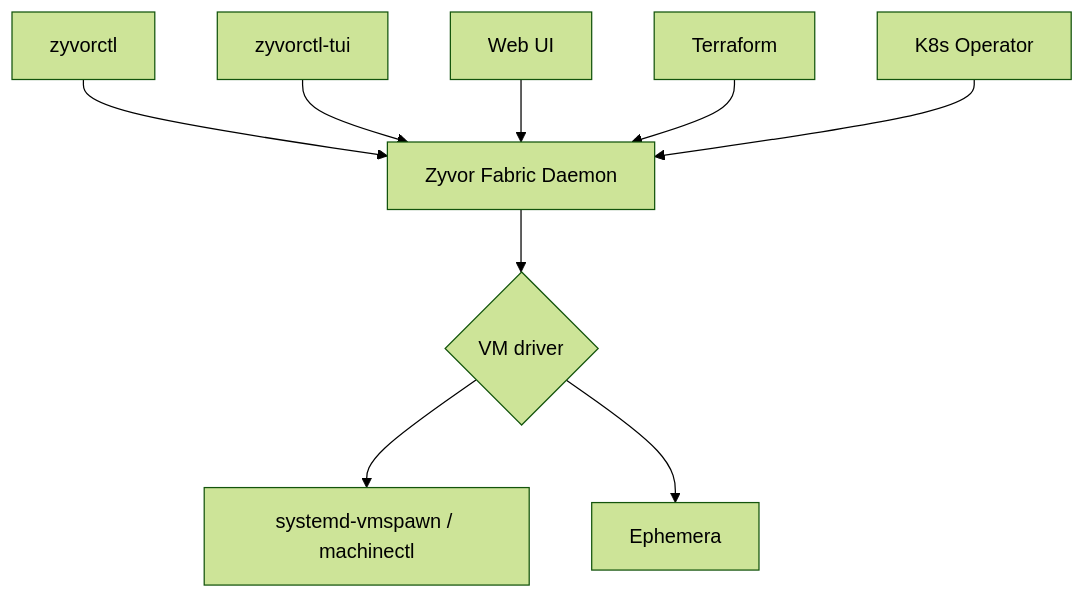
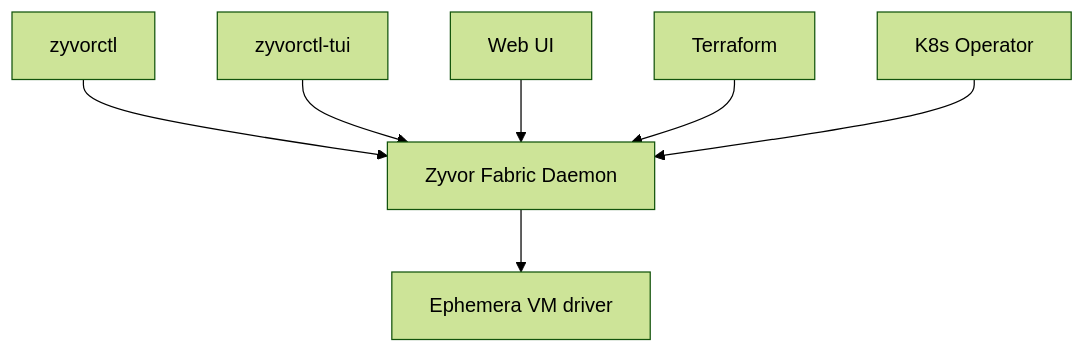
One commit to zyvorai/fabric changed the diagram in README.md. Above: the diagram before and after it, drawn with Mermaid (forest theme). The commit also changed other lines of this file and 19 other files, not shown here.

First line of the commit message:
docs: reflect the machinectl-driver/machined-dbus deletion (root docs, quick-reference, tutorials, presentation decks)

````diff
--- a/README.md
+++ b/README.md
@@ -82,11 +82,9 @@
 ```mermaid
 flowchart TB
   CLI[zyvorctl] --> Daemon[Zyvor Fabric Daemon]
   TUI[zyvorctl-tui] --> Daemon
   Web[Web UI] --> Daemon
   TF[Terraform] --> Daemon
   Op[K8s Operator] --> Daemon
-  Daemon --> Driver{VM driver}
-  Driver --> VS[systemd-vmspawn / machinectl]
-  Driver --> Eph[Ephemera]
+  Daemon --> Eph[Ephemera VM driver]
 ```
````
